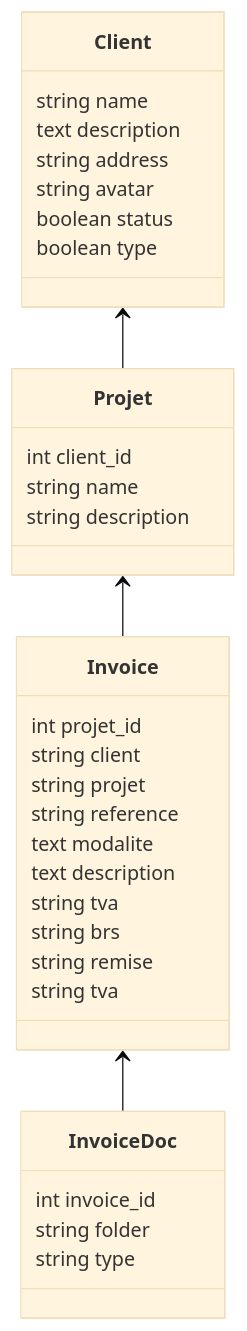
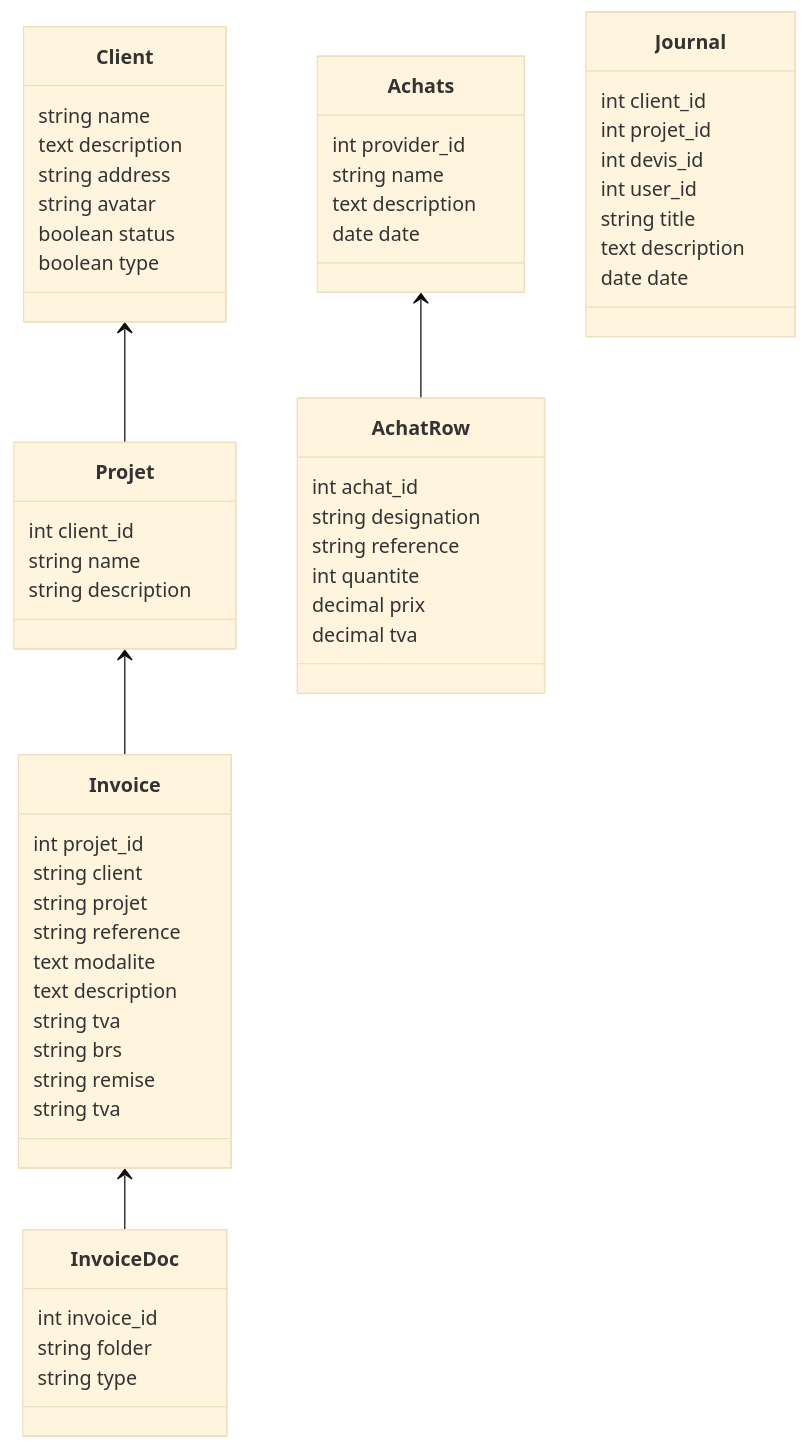
Before and after one commit to desmond8500/Dash3: the diagram in database/docs/01_Diagram.md, drawn with Mermaid (base theme). The commit also changed 61 other files, not shown here.

````diff
--- a/database/docs/01_Diagram.md
+++ b/database/docs/01_Diagram.md
@@ -3,43 +3,69 @@
 ```mermaid
 classDiagram
 
 class Client{
     string name
     text description
     string address
     string avatar
     boolean status
     boolean type
 }
 
 Client <-- Projet
 class Projet{
     int client_id
     string name
     string description
 
 }
 
 Projet <-- Invoice
 class Invoice{
     int projet_id
     string client
     string projet
     string reference
     text modalite
     text description
     string tva
     string brs
     string remise
     string tva
 
 }
 
 Invoice <-- InvoiceDoc
 class InvoiceDoc{
     int invoice_id
     string folder
     string type
 }
 
+Achats <-- AchatRow
+class Achats{
+    int provider_id
+    string name
+    text description
+    date date
+}
+class AchatRow{
+    int achat_id
+    string designation
+    string reference
+    int quantite
+    decimal prix
+    decimal tva
+}
+
+class Journal{
+    int client_id
+    int projet_id
+    int devis_id
+    int user_id
+    string title
+    text description
+    date date
+}
+
 ```
````
